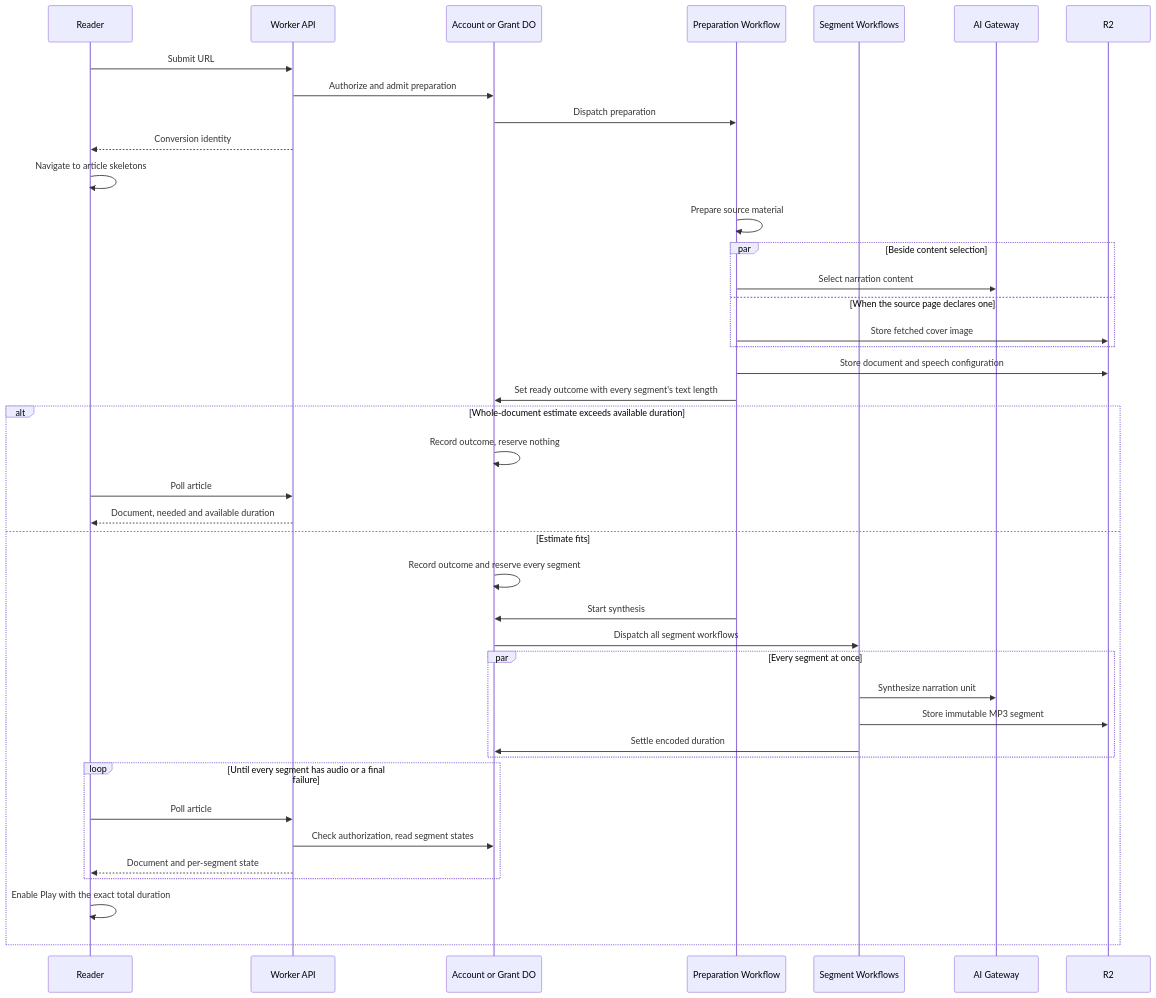
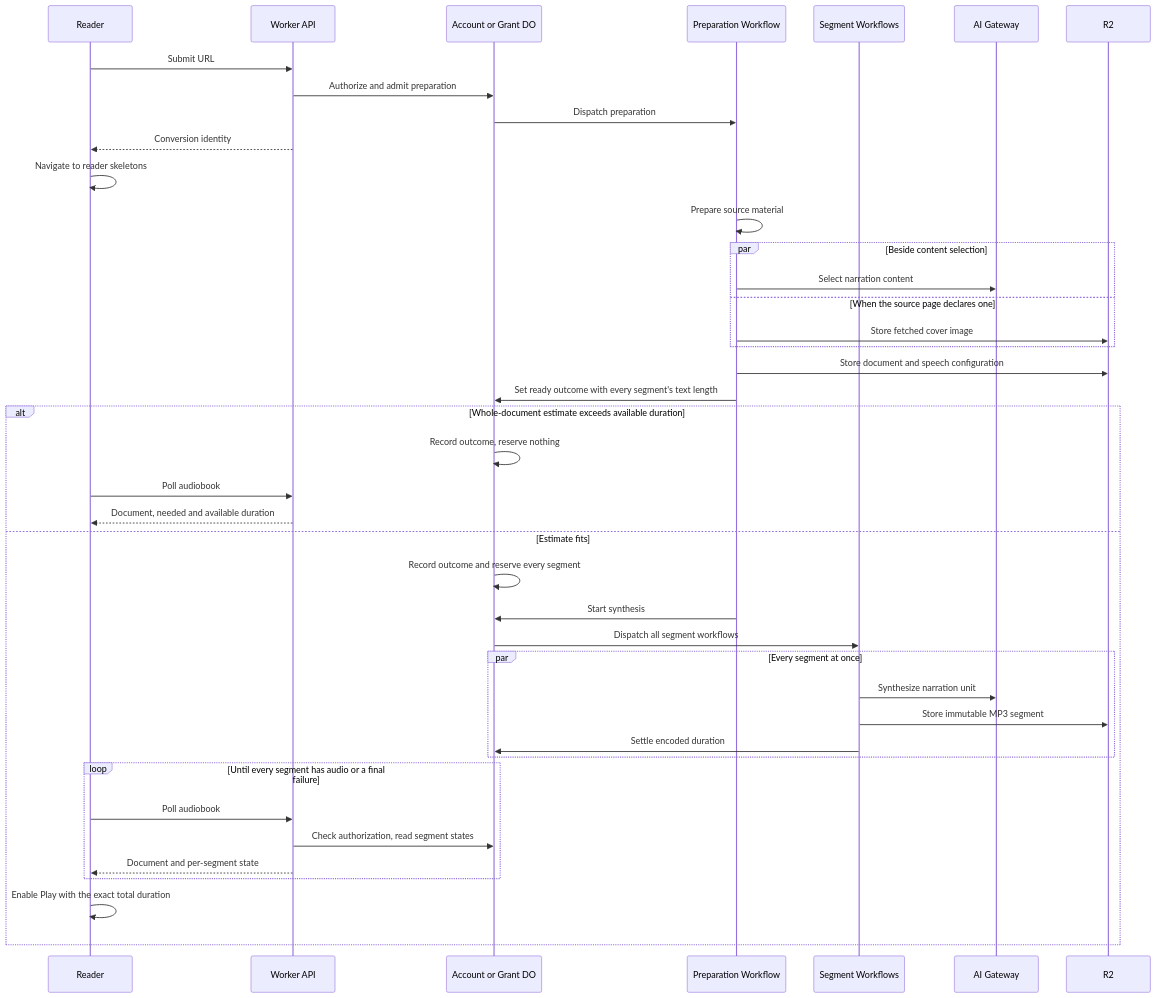
Before and after one commit to patricktree/cup: the first of 2 diagrams in docs/architecture/conversion.md, drawn with Mermaid. The commit also changed other lines of this file and 24 other files, not shown here.

````diff
--- a/docs/architecture/conversion.md
+++ b/docs/architecture/conversion.md
@@ -9,43 +9,43 @@
 ```mermaid
 sequenceDiagram
     participant Client as Reader
     participant API as Worker API
     participant Owner as Account or Grant DO
     participant Preparation as Preparation Workflow
     participant Segment as Segment Workflows
     participant AI as AI Gateway
     participant R2
     Client->>API: Submit URL
     API->>Owner: Authorize and admit preparation
     Owner->>Preparation: Dispatch preparation
     API-->>Client: Conversion identity
-    Client->>Client: Navigate to article skeletons
+    Client->>Client: Navigate to reader skeletons
     Preparation->>Preparation: Prepare source material
     par Beside content selection
         Preparation->>AI: Select narration content
     and When the source page declares one
         Preparation->>R2: Store fetched cover image
     end
     Preparation->>R2: Store document and speech configuration
     Preparation->>Owner: Set ready outcome with every segment's text length
     alt Whole-document estimate exceeds available duration
         Owner->>Owner: Record outcome, reserve nothing
-        Client->>API: Poll article
+        Client->>API: Poll audiobook
         API-->>Client: Document, needed and available duration
     else Estimate fits
         Owner->>Owner: Record outcome and reserve every segment
         Preparation->>Owner: Start synthesis
         Owner->>Segment: Dispatch all segment workflows
         par Every segment at once
             Segment->>AI: Synthesize narration unit
             Segment->>R2: Store immutable MP3 segment
             Segment->>Owner: Settle encoded duration
         end
         loop Until every segment has audio or a final failure
-            Client->>API: Poll article
+            Client->>API: Poll audiobook
             API->>Owner: Check authorization, read segment states
             API-->>Client: Document and per-segment state
         end
         Client->>Client: Enable Play with the exact total duration
     end
 ```
````
